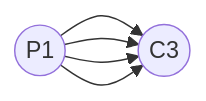
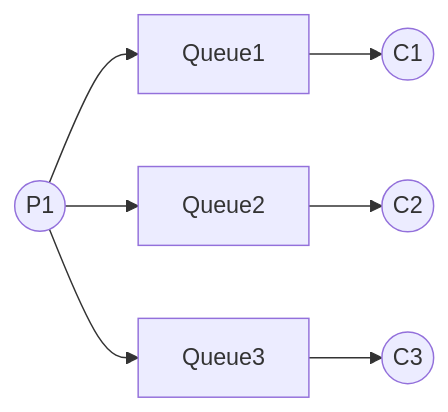
The second of 2 diagrams in books/Cloud-Architecture-Patterns.md (maboelnour/learning-notes), drawn with Mermaid before and after one commit. The commit also changed other lines of this file, not shown here.

Commit message:
books/Cloud-Architecture-Patterns.md updated from https://stackedit.io/

````diff
--- a/books/Cloud-Architecture-Patterns.md
+++ b/books/Cloud-Architecture-Patterns.md
@@ -229,7 +229,10 @@
 ```mermaid
 graph LR
 A((P1)) --> B[Queue1] 
-A --> B((C1))
-A --> B((C2))
-A --> B((C3))
+A --> C[Queue2] 
+A --> D[Queue3] 
+B --> E((C1))
+C --> F((C2))
+D --> J((C3))
+
 ```
````
